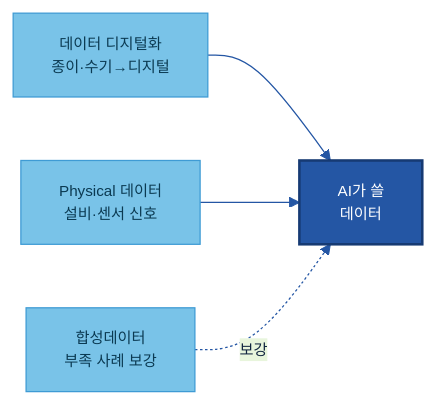
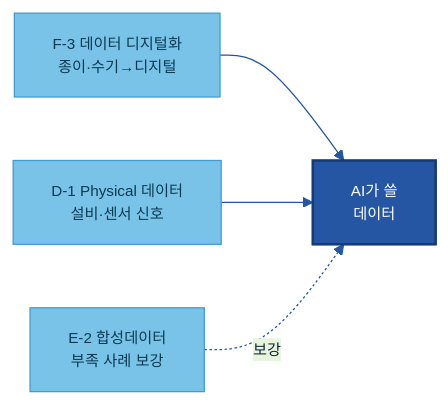
One commit to jin-kearney/ai-ready-data-manual changed the first of 6 diagrams in 전체 목차/00 전체 목차 (20개 주제).md. Above: the diagram before and after it, drawn with Mermaid. The commit also changed other lines of this file, not shown here.

````diff
--- a/전체 목차/00 전체 목차 (20개 주제).md
+++ b/전체 목차/00 전체 목차 (20개 주제).md
@@ -183,9 +170,9 @@
 ```mermaid
 %%{init: {'theme':'base','themeVariables':{'primaryColor':'#DCE8F5','primaryBorderColor':'#2456A4','primaryTextColor':'#10243f','lineColor':'#2456A4','fontSize':'12px'}}}%%
 flowchart LR
-    DIG["데이터 디지털화<br/>종이·수기→디지털"]:::src --> POOL["AI가 쓸<br/>데이터"]:::cat
-    PHY["Physical 데이터<br/>설비·센서 신호"]:::src --> POOL
-    SYN["합성데이터<br/>부족 사례 보강"]:::src -.보강.-> POOL
+    DIG["F-3 데이터 디지털화<br/>종이·수기→디지털"]:::src --> POOL["AI가 쓸<br/>데이터"]:::cat
+    PHY["D-1 Physical 데이터<br/>설비·센서 신호"]:::src --> POOL
+    SYN["E-2 합성데이터<br/>부족 사례 보강"]:::src -.보강.-> POOL
     classDef src fill:#79C3E8,stroke:#3F9BD4,color:#0b3a52;
     classDef cat fill:#2456A4,color:#fff,stroke:#163a73,stroke-width:2px;
 ```
````
